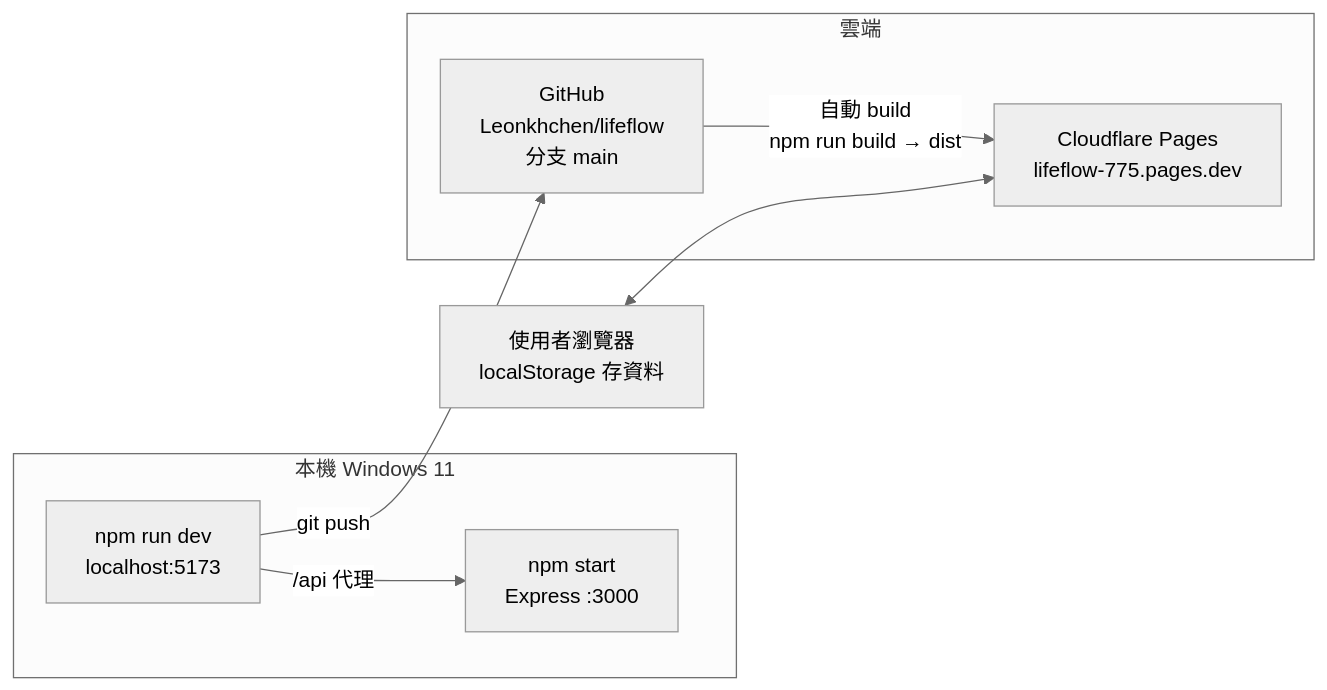
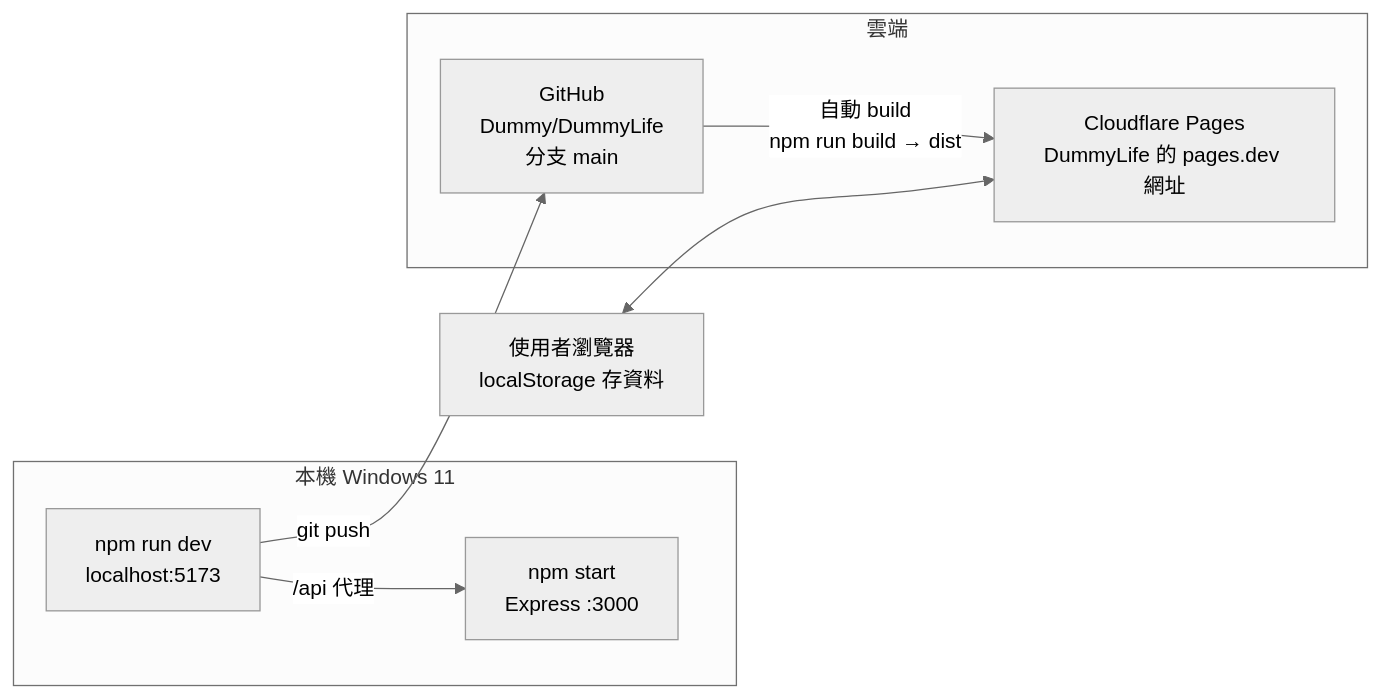
Before and after one commit to Leonkhchen/lifeflow: the second of 4 diagrams in SOP-Windows11.md, drawn with Mermaid (neutral theme). The commit also changed other lines of this file, not shown here.

Commit message:
docs: SOP 去識別化，帳號信箱用 Dummy，專案改 DummyLife

````diff
--- a/SOP-Windows11.md
+++ b/SOP-Windows11.md
@@ -21,15 +22,15 @@
 ```mermaid
 flowchart LR
     subgraph PC["本機 Windows 11"]
         DEV["npm run dev<br/>localhost:5173"]
         API["npm start<br/>Express :3000"]
         DEV -->|/api 代理| API
     end
     subgraph CLOUD["雲端"]
-        GH["GitHub<br/>Leonkhchen/lifeflow<br/>分支 main"]
-        CF["Cloudflare Pages<br/>lifeflow-775.pages.dev"]
+        GH["GitHub<br/>Dummy/DummyLife<br/>分支 main"]
+        CF["Cloudflare Pages<br/>DummyLife 的 pages.dev 網址"]
     end
     DEV -->|git push| GH
     GH -->|自動 build<br/>npm run build → dist| CF
     USER["使用者瀏覽器<br/>localStorage 存資料"] <--> CF
 ```
````
